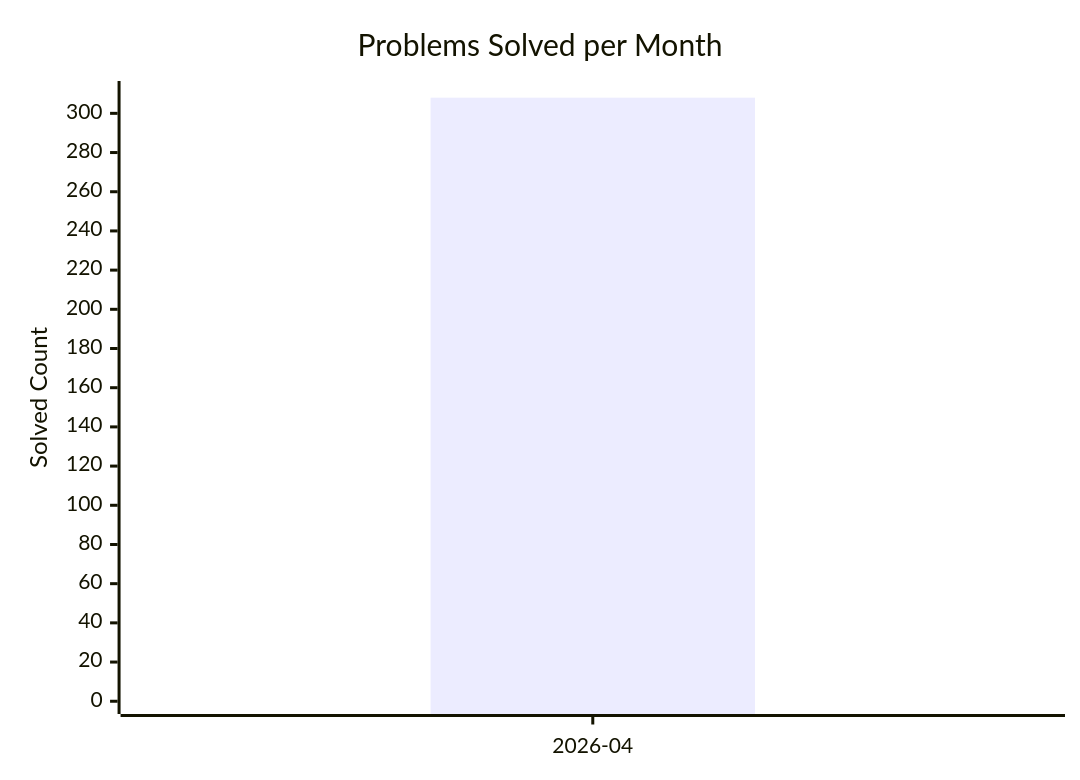
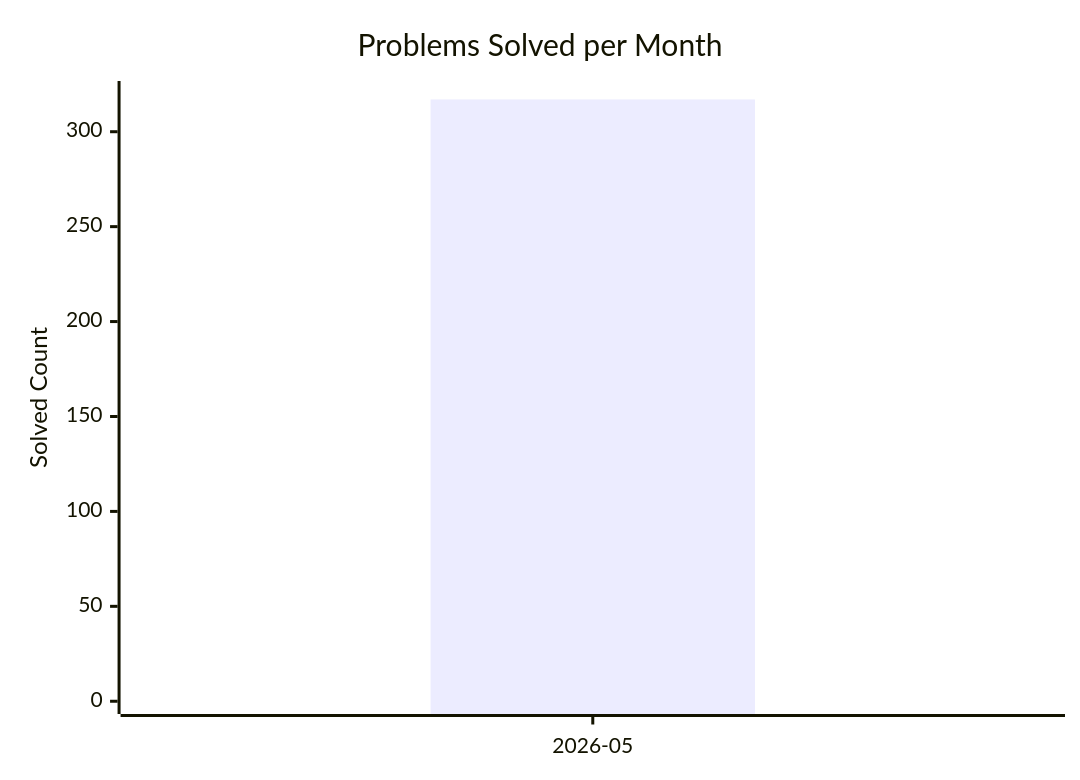
Before and after one commit to AdityaPandey-DEV/CP-Progress-Sync: the diagram in dashboard.md, drawn with Mermaid. The commit also changed other lines of this file, not shown here.

Commit message:
Auto-update CP dashboard [skip ci]

````diff
--- a/dashboard.md
+++ b/dashboard.md
@@ -8,8 +8,8 @@
 ```mermaid
 xychart-beta
     title "Problems Solved per Month"
-    x-axis ["2026-04"]
-    y-axis "Solved Count" 0 --> 310
-    bar [308]
-    line [308]
+    x-axis ["2026-05"]
+    y-axis "Solved Count" 0 --> 320
+    bar [317]
+    line [317]
 ```
````
